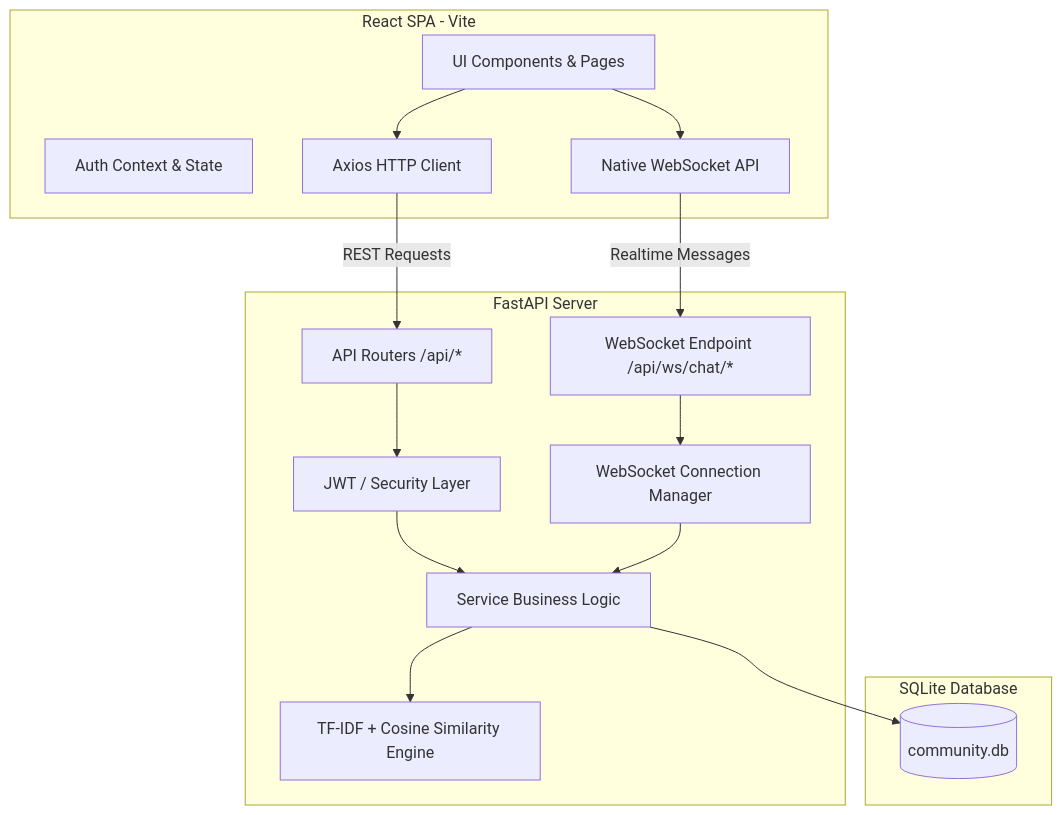
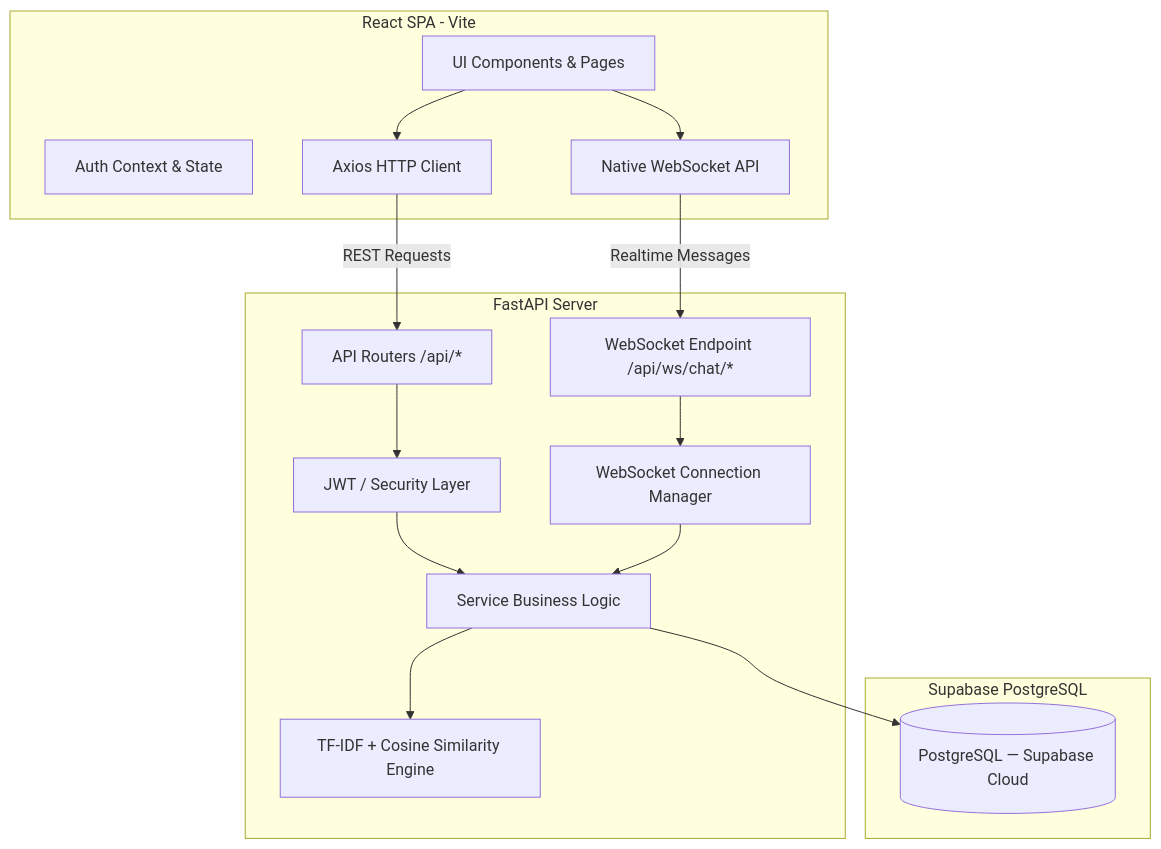
The diagram in README.md (viethwnguyxn/caithunhat), drawn with Mermaid before and after one commit. The commit also changed other lines of this file and 2 other files, not shown here.

Commit message:
fix: add NullPool for Supabase and update deployment docs

````diff
--- a/README.md
+++ b/README.md
@@ -53,33 +53,33 @@
 ```mermaid
 flowchart TD
     subgraph Frontend [React SPA - Vite]
         UI[UI Components & Pages]
         State[Auth Context & State]
         AxiosClient[Axios HTTP Client]
         WSClient[Native WebSocket API]
     end
 
     subgraph Backend [FastAPI Server]
         Router[API Routers /api/*]
         AuthMiddleware[JWT / Security Layer]
         ServiceLayer[Service Business Logic]
         WSEndpoint[WebSocket Endpoint /api/ws/chat/*]
         ConnManager[WebSocket Connection Manager]
         MatchingAlgo[TF-IDF + Cosine Similarity Engine]
     end
 
-    subgraph Storage [SQLite Database]
-        DB[(community.db)]
+    subgraph Storage [Supabase PostgreSQL]
+        DB[(PostgreSQL — Supabase Cloud)]
     end
 
     UI --> AxiosClient
     UI --> WSClient
     AxiosClient -->|REST Requests| Router
     WSClient -->|Realtime Messages| WSEndpoint
     Router --> AuthMiddleware
     AuthMiddleware --> ServiceLayer
     WSEndpoint --> ConnManager
     ConnManager --> ServiceLayer
     ServiceLayer --> MatchingAlgo
     ServiceLayer --> DB
 ```
````
